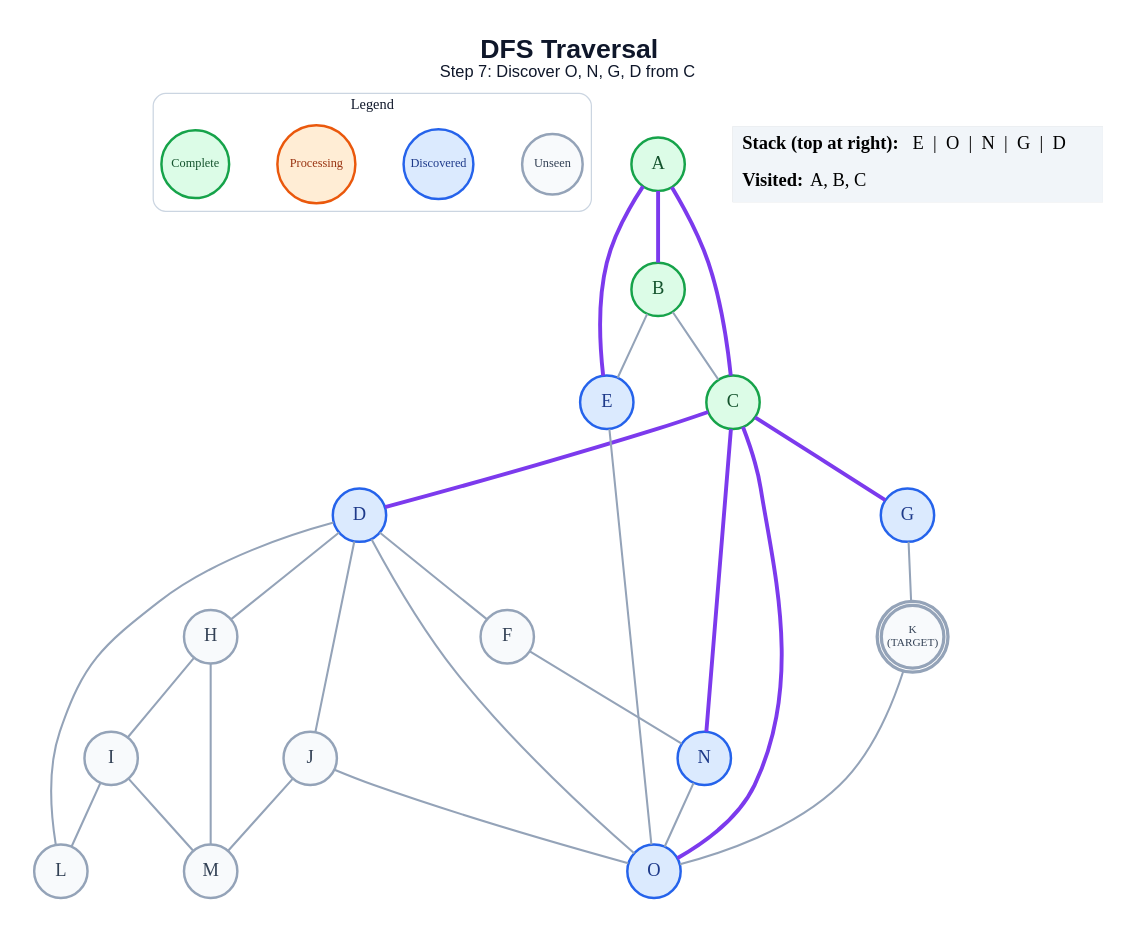
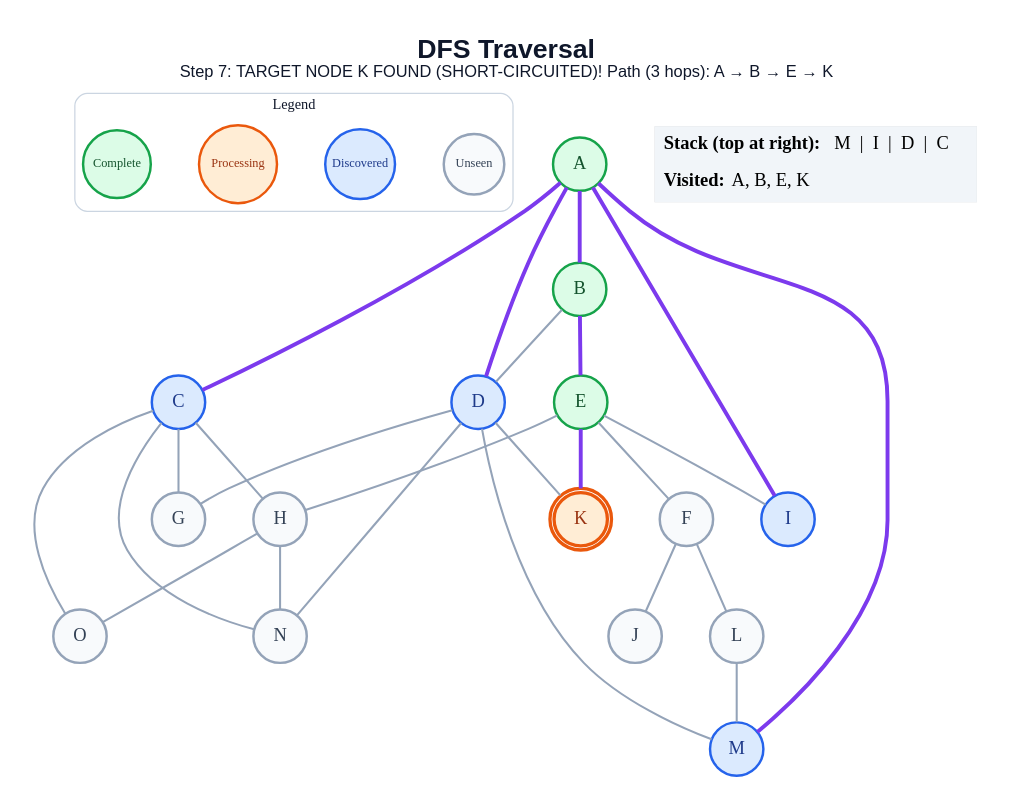
One commit to anon7238593-create/ai-slop changed the diagram in generated/short-circuit/dfs/step_07.dot. Above: the diagram before and after it, drawn with Graphviz. The commit also changed 309 other files, not shown here.

```diff
--- a/generated/short-circuit/dfs/step_07.dot
+++ b/generated/short-circuit/dfs/step_07.dot
@@ -1,59 +1,58 @@
 graph traversal {
   graph [layout=dot, rankdir=TB, bgcolor="#FFFFFF", pad="0.35", nodesep="0.65", ranksep="0.8", fontname="Arial"];
   node [shape=circle, style="filled", fontname="Arial Bold", fontsize=18, width=0.72, fixedsize=true, penwidth=2.4];
   edge [color="#94A3B8", penwidth=2.0];
-  label=<<B>DFS Traversal</B><BR/><FONT POINT-SIZE="16">Step 7: Discover O, N, G, D from C</FONT>>; labelloc="t"; fontsize=26; fontname="Arial"; fontcolor="#0F172A";
+  label=<<B>DFS Traversal</B><BR/><FONT POINT-SIZE="16">Step 7: TARGET NODE K FOUND (SHORT-CIRCUITED)! Path (3 hops): A → B → E → K</FONT>>; labelloc="t"; fontsize=26; fontname="Arial"; fontcolor="#0F172A";
   subgraph cluster_legend { label="Legend"; color="#CBD5E1"; penwidth=1.2; style="rounded"; fontsize=14; fontname="Arial Bold";
     key_unseen [label="Unseen", fillcolor="#F8FAFC", color="#94A3B8", fontcolor="#334155", fontsize=12, width=0.82];
     key_frontier [label="Discovered", fillcolor="#DBEAFE", color="#2563EB", fontcolor="#1E3A8A", fontsize=12, width=0.95];
     key_current [label="Processing", fillcolor="#FFEDD5", color="#EA580C", fontcolor="#9A3412", fontsize=12, width=1.05];
     key_done [label="Complete", fillcolor="#DCFCE7", color="#16A34A", fontcolor="#14532D", fontsize=12, width=0.92];
     { rank=same; key_unseen; key_frontier; key_current; key_done; }
   }
   A [label="A", fillcolor="#DCFCE7", color="#16A34A", fontcolor="#14532D", peripheries=1, penwidth=2.4];
   B [label="B", fillcolor="#DCFCE7", color="#16A34A", fontcolor="#14532D", peripheries=1, penwidth=2.4];
-  C [label="C", fillcolor="#DCFCE7", color="#16A34A", fontcolor="#14532D", peripheries=1, penwidth=2.4];
+  C [label="C", fillcolor="#DBEAFE", color="#2563EB", fontcolor="#1E3A8A", peripheries=1, penwidth=2.4];
   D [label="D", fillcolor="#DBEAFE", color="#2563EB", fontcolor="#1E3A8A", peripheries=1, penwidth=2.4];
-  E [label="E", fillcolor="#DBEAFE", color="#2563EB", fontcolor="#1E3A8A", peripheries=1, penwidth=2.4];
+  E [label="E", fillcolor="#DCFCE7", color="#16A34A", fontcolor="#14532D", peripheries=1, penwidth=2.4];
   F [label="F", fillcolor="#F8FAFC", color="#94A3B8", fontcolor="#334155", peripheries=1, penwidth=2.4];
-  G [label="G", fillcolor="#DBEAFE", color="#2563EB", fontcolor="#1E3A8A", peripheries=1, penwidth=2.4];
+  G [label="G", fillcolor="#F8FAFC", color="#94A3B8", fontcolor="#334155", peripheries=1, penwidth=2.4];
   H [label="H", fillcolor="#F8FAFC", color="#94A3B8", fontcolor="#334155", peripheries=1, penwidth=2.4];
-  I [label="I", fillcolor="#F8FAFC", color="#94A3B8", fontcolor="#334155", peripheries=1, penwidth=2.4];
+  I [label="I", fillcolor="#DBEAFE", color="#2563EB", fontcolor="#1E3A8A", peripheries=1, penwidth=2.4];
   J [label="J", fillcolor="#F8FAFC", color="#94A3B8", fontcolor="#334155", peripheries=1, penwidth=2.4];
-  K [label="K\n(TARGET)", fillcolor="#F8FAFC", color="#94A3B8", fontcolor="#334155", peripheries=2, penwidth=3.2, fontsize=11, width=0.85, height=0.85];
+  K [label="K", fillcolor="#FFEDD5", color="#EA580C", fontcolor="#9A3412", peripheries=2, penwidth=3.2];
   L [label="L", fillcolor="#F8FAFC", color="#94A3B8", fontcolor="#334155", peripheries=1, penwidth=2.4];
-  M [label="M", fillcolor="#F8FAFC", color="#94A3B8", fontcolor="#334155", peripheries=1, penwidth=2.4];
-  N [label="N", fillcolor="#DBEAFE", color="#2563EB", fontcolor="#1E3A8A", peripheries=1, penwidth=2.4];
-  O [label="O", fillcolor="#DBEAFE", color="#2563EB", fontcolor="#1E3A8A", peripheries=1, penwidth=2.4];
+  M [label="M", fillcolor="#DBEAFE", color="#2563EB", fontcolor="#1E3A8A", peripheries=1, penwidth=2.4];
+  N [label="N", fillcolor="#F8FAFC", color="#94A3B8", fontcolor="#334155", peripheries=1, penwidth=2.4];
+  O [label="O", fillcolor="#F8FAFC", color="#94A3B8", fontcolor="#334155", peripheries=1, penwidth=2.4];
   A -- B [color="#7C3AED", penwidth=3.8];
   A -- C [color="#7C3AED", penwidth=3.8];
-  A -- E [color="#7C3AED", penwidth=3.8];
-  B -- C;
-  B -- E;
-  C -- D [color="#7C3AED", penwidth=3.8];
-  C -- G [color="#7C3AED", penwidth=3.8];
-  C -- N [color="#7C3AED", penwidth=3.8];
-  C -- O [color="#7C3AED", penwidth=3.8];
-  D -- F;
-  D -- H;
-  D -- J;
-  D -- L;
-  D -- O;
-  E -- O;
-  F -- N;
-  G -- K;
-  H -- I;
-  H -- M;
-  I -- L;
-  I -- M;
-  J -- M;
-  J -- O;
-  K -- O;
-  N -- O;
+  A -- D [color="#7C3AED", penwidth=3.8];
+  A -- I [color="#7C3AED", penwidth=3.8];
+  A -- M [color="#7C3AED", penwidth=3.8];
+  B -- D;
+  B -- E [color="#7C3AED", penwidth=3.8];
+  C -- G;
+  C -- H;
+  C -- N;
+  C -- O;
+  D -- G;
+  D -- K;
+  D -- M;
+  D -- N;
+  E -- F;
+  E -- H;
+  E -- I;
+  E -- K [color="#7C3AED", penwidth=3.8];
+  F -- J;
+  F -- L;
+  H -- N;
+  H -- O;
+  L -- M;
   status [shape=plain, fixedsize=false, width=0, height=0, margin=0, label=<
     <TABLE BORDER="0" CELLBORDER="0" CELLPADDING="7" BGCOLOR="#F1F5F9">
-      <TR><TD ALIGN="LEFT"><B>Stack (top at right):</B> E  |  O  |  N  |  G  |  D</TD></TR>
-      <TR><TD ALIGN="LEFT"><B>Visited:</B> A, B, C</TD></TR>
+      <TR><TD ALIGN="LEFT"><B>Stack (top at right):</B> M  |  I  |  D  |  C</TD></TR>
+      <TR><TD ALIGN="LEFT"><B>Visited:</B> A, B, E, K</TD></TR>
     </TABLE>
   >];
 }
```
